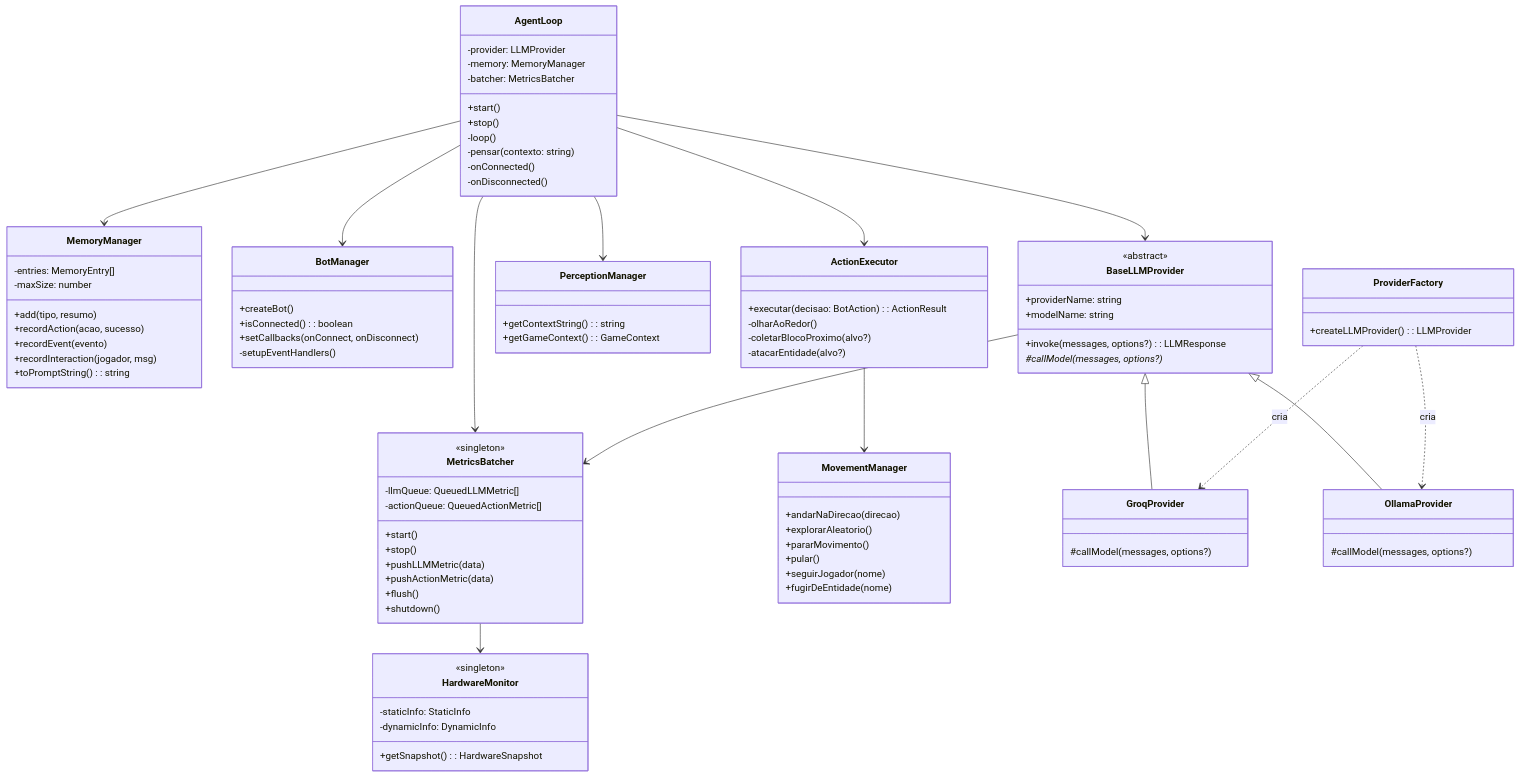
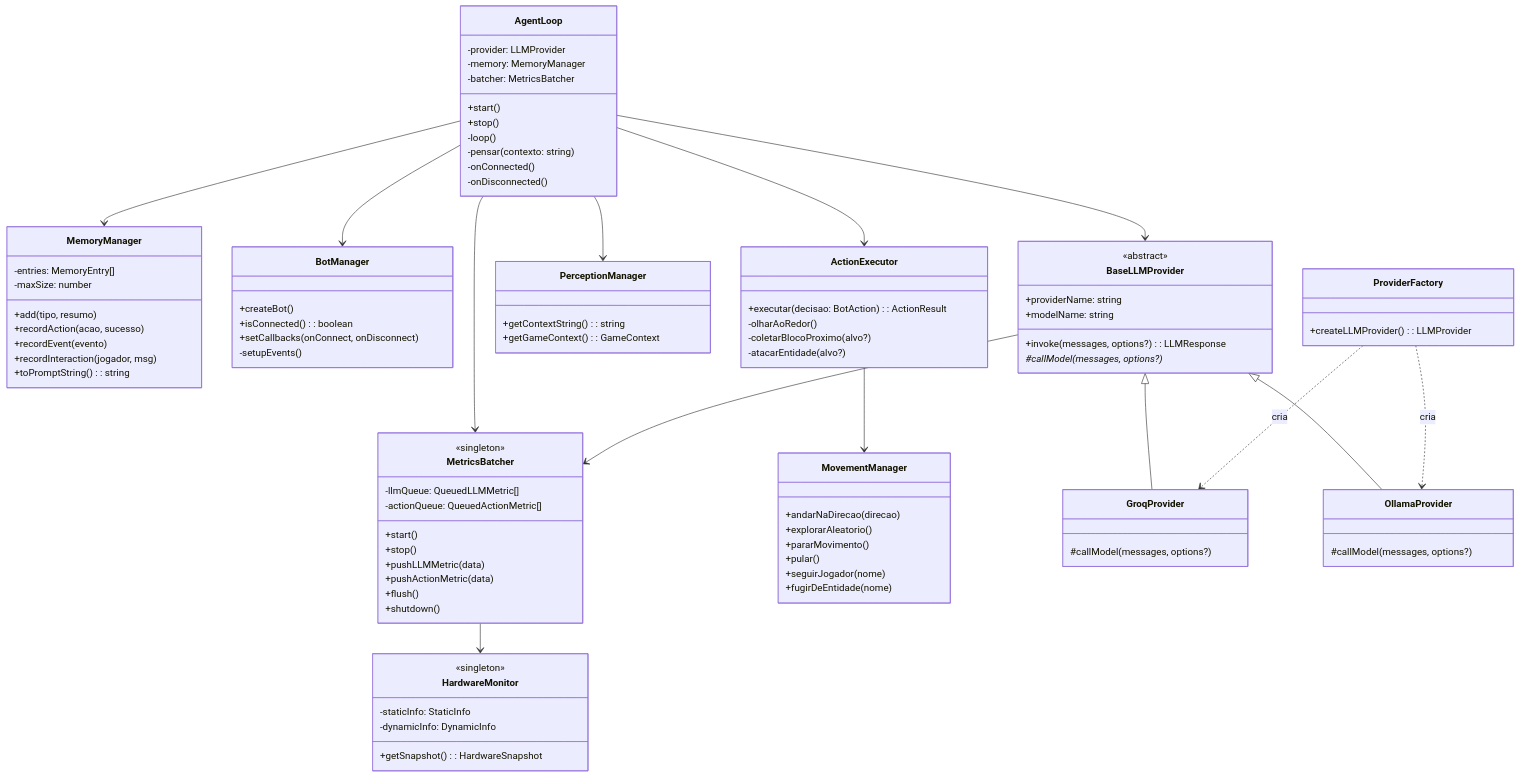
Before and after one commit to jvras58/minecraft-langchain-ts: the fourth of 4 diagrams in docs/Architecture.md, drawn with Mermaid.

Commit message:
fix(Architecture): renomear método de setupEventHandlers para setupEvents

```diff
--- a/docs/Architecture.md
+++ b/docs/Architecture.md
@@ -154,7 +154,7 @@
         +createBot()
         +isConnected(): boolean
         +setCallbacks(onConnect, onDisconnect)
-        -setupEventHandlers()
+        -setupEvents()
     }
     class ActionExecutor {
         +executar(decisao: BotAction): ActionResult
```
